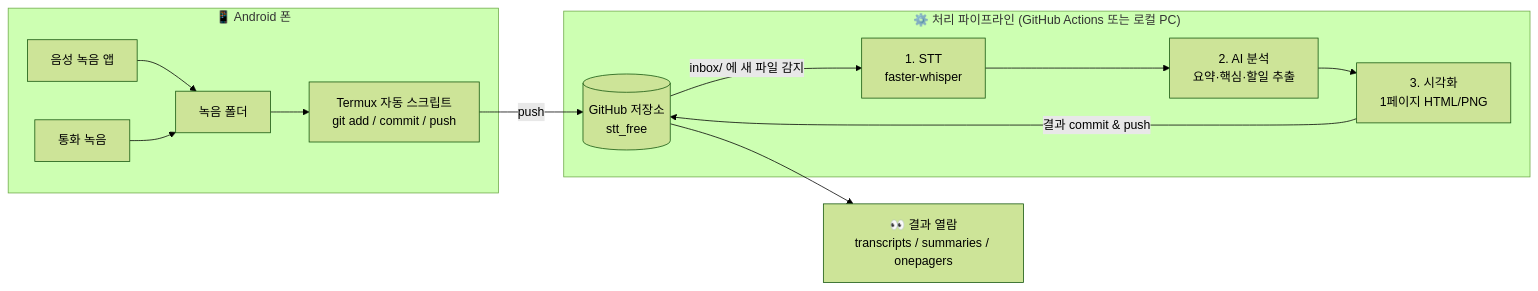
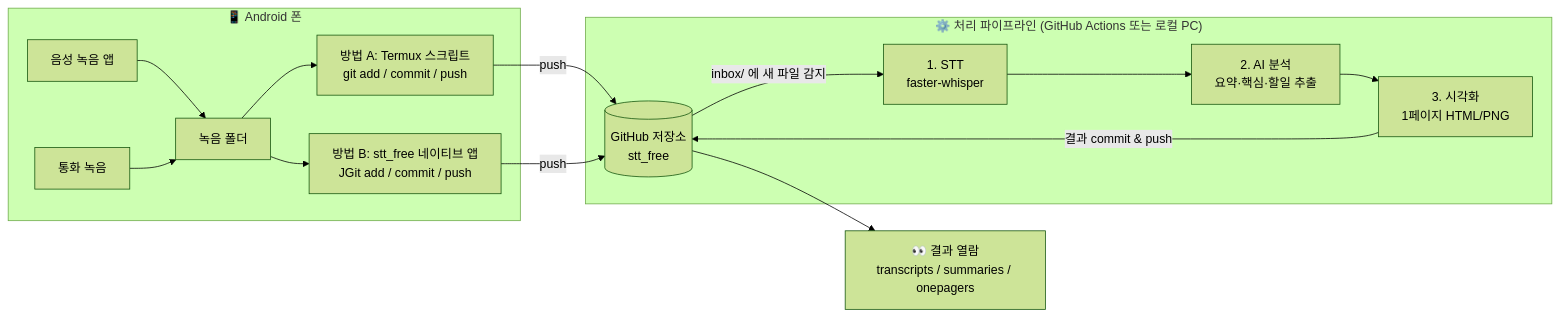
Before and after one commit to cheoljoo/stt_free: the first of 2 diagrams in DESIGN.md, drawn with Mermaid (forest theme). The commit also changed other lines of this file and 25 other files, not shown here.

First line of the commit message:
Android 네이티브 앱(JGit 기반)을 폰 수집 방법으로 추가

````diff
--- a/DESIGN.md
+++ b/DESIGN.md
@@ -13,19 +13,21 @@
 ```mermaid
 flowchart LR
     subgraph Phone["📱 Android 폰"]
         A1[음성 녹음 앱] --> B[녹음 폴더]
         A2[통화 녹음] --> B
-        B --> C[Termux 자동 스크립트<br/>git add / commit / push]
+        B --> C1[방법 A: Termux 스크립트<br/>git add / commit / push]
+        B --> C2[방법 B: stt_free 네이티브 앱<br/>JGit add / commit / push]
     end
 
-    C -->|push| D[(GitHub 저장소<br/>stt_free)]
+    C1 -->|push| D[(GitHub 저장소<br/>stt_free)]
+    C2 -->|push| D
 
     subgraph Pipeline["⚙️ 처리 파이프라인 (GitHub Actions 또는 로컬 PC)"]
         D -->|inbox/ 에 새 파일 감지| E[1. STT<br/>faster-whisper]
         E --> F[2. AI 분석<br/>요약·핵심·할일 추출]
         F --> G[3. 시각화<br/>1페이지 HTML/PNG]
         G -->|결과 commit & push| D
     end
 
     D --> H[👀 결과 열람<br/>transcripts / summaries / onepagers]
 ```
````
